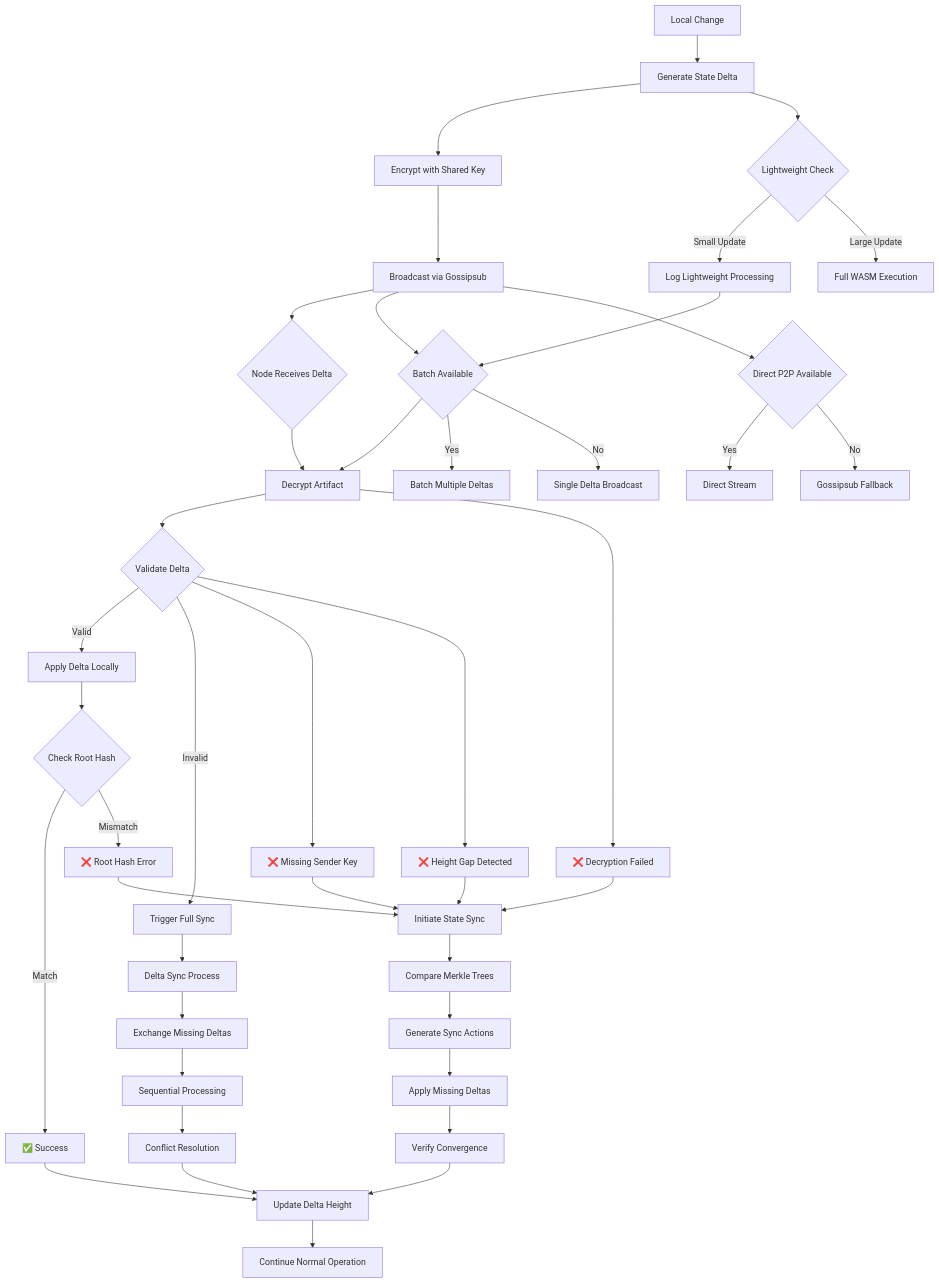
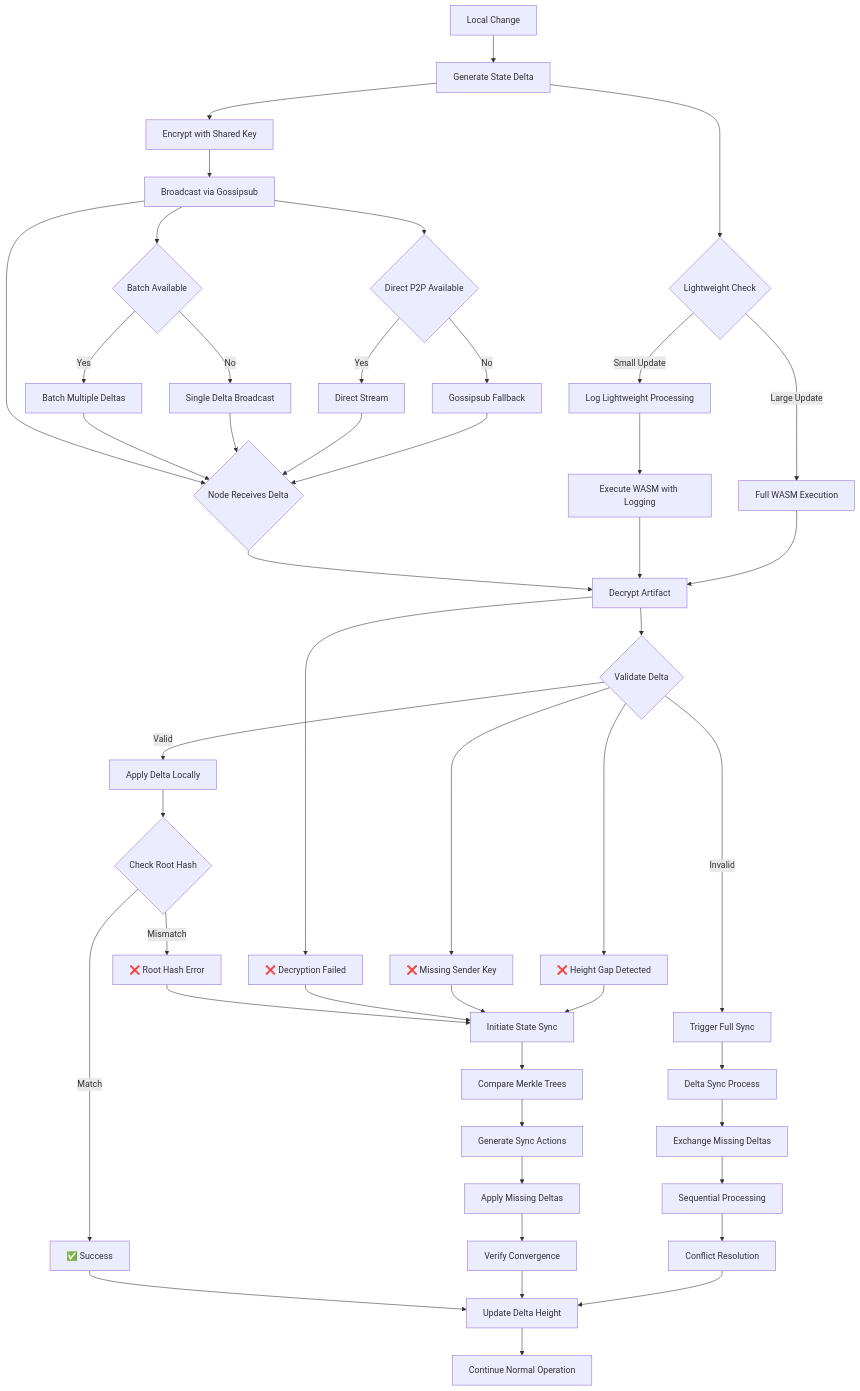
One commit to calimero-network/core changed the diagram in Synchronization.md. Above: the diagram before and after it, drawn with Mermaid. The commit also changed other lines of this file, not shown here.

First line of the commit message:
docs: update Synchronization.md with performance improvements and fix diagram flow

````diff
--- a/Synchronization.md
+++ b/Synchronization.md
@@ -30,60 +30,68 @@
 ```mermaid
 graph TD
     A[Local Change] --> B[Generate State Delta]
     B --> C[Encrypt with Shared Key]
     C --> D[Broadcast via Gossipsub]
     
     D --> E{Node Receives Delta}
     E --> F[Decrypt Artifact]
     F --> G{Validate Delta}
     
     G -->|Valid| H[Apply Delta Locally]
     G -->|Invalid| I[Trigger Full Sync]
     
     H --> J{Check Root Hash}
     J -->|Match| K[✅ Success]
     J -->|Mismatch| L[❌ Root Hash Error]
     
     L --> M[Initiate State Sync]
     M --> N[Compare Merkle Trees]
     N --> O[Generate Sync Actions]
     O --> P[Apply Missing Deltas]
     P --> Q[Verify Convergence]
     
     I --> R[Delta Sync Process]
     R --> S[Exchange Missing Deltas]
     S --> T[Sequential Processing]
     T --> U[Conflict Resolution]
     
     K --> V[Update Delta Height]
     Q --> V
     U --> V
     
     V --> W[Continue Normal Operation]
     
     %% Error Handling Paths
     F --> X[❌ Decryption Failed]
     G --> Y[❌ Missing Sender Key]
     G --> Z[❌ Height Gap Detected]
     
     X --> M
     Y --> M
     Z --> M
     
     %% Performance Optimizations
     B --> AA{Lightweight Check}
     AA -->|Small Update| BB[Log Lightweight Processing]
     AA -->|Large Update| CC[Full WASM Execution]
     
     BB --> DD[Execute WASM with Logging]
     DD --> F
     
-    D --> DD{Batch Available}
-    DD -->|Yes| EE[Batch Multiple Deltas]
-    DD -->|No| FF[Single Delta Broadcast]
+    CC --> F
+    
+    D --> EE{Batch Available}
+    EE -->|Yes| FF[Batch Multiple Deltas]
+    EE -->|No| GG[Single Delta Broadcast]
     
     %% Direct P2P Optimization
-    D --> GG{Direct P2P Available}
-    GG -->|Yes| HH[Direct Stream]
-    GG -->|No| II[Gossipsub Fallback]
+    D --> HH{Direct P2P Available}
+    HH -->|Yes| II[Direct Stream]
+    HH -->|No| JJ[Gossipsub Fallback]
+    
+    %% All broadcasting methods lead to the same receiving process
+    FF --> E
+    GG --> E
+    II --> E
+    JJ --> E
 ```
````
